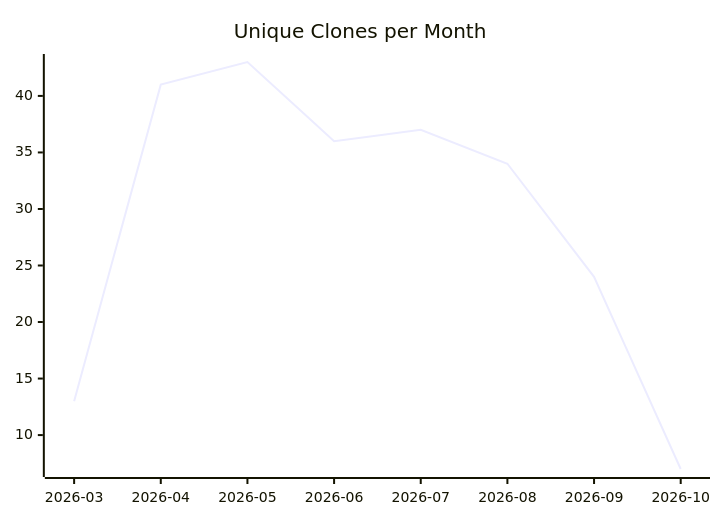
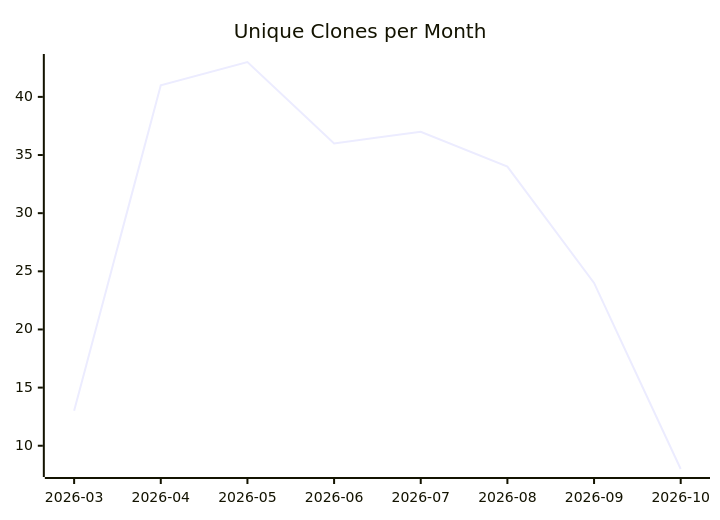
The third of 3 diagrams in karlmdavis/usgs-water-api-java/README.md (justdavis-family/github-analytics-data), drawn with Mermaid before and after one commit. The commit also changed other lines of this file and 200 other files, not shown here.

````diff
--- a/karlmdavis/usgs-water-api-java/README.md
+++ b/karlmdavis/usgs-water-api-java/README.md
@@ -19,6 +19,6 @@
 ```mermaid
 xychart-beta
   title "Unique Clones per Month"
   x-axis ["2026-03", "2026-04", "2026-05", "2026-06", "2026-07", "2026-08", "2026-09", "2026-10"]
-  line [13, 41, 43, 36, 37, 34, 24, 7]
+  line [13, 41, 43, 36, 37, 34, 24, 8]
 ```
````
